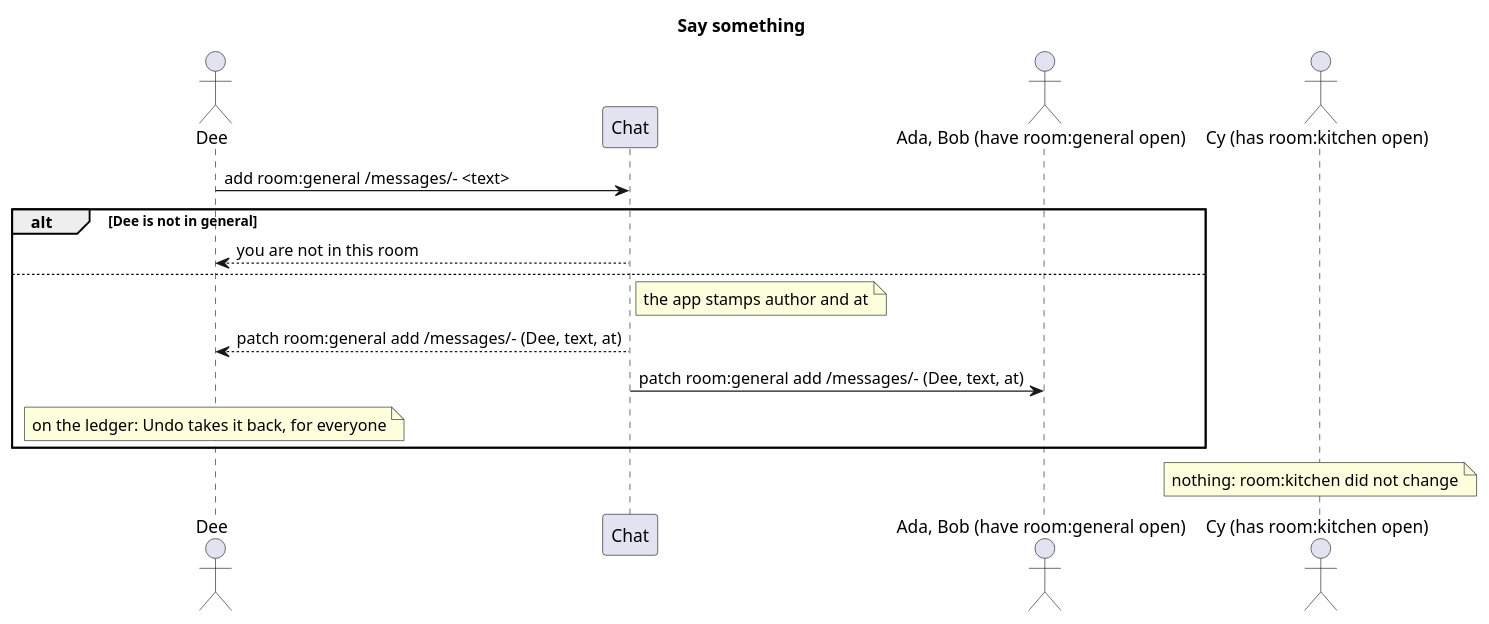
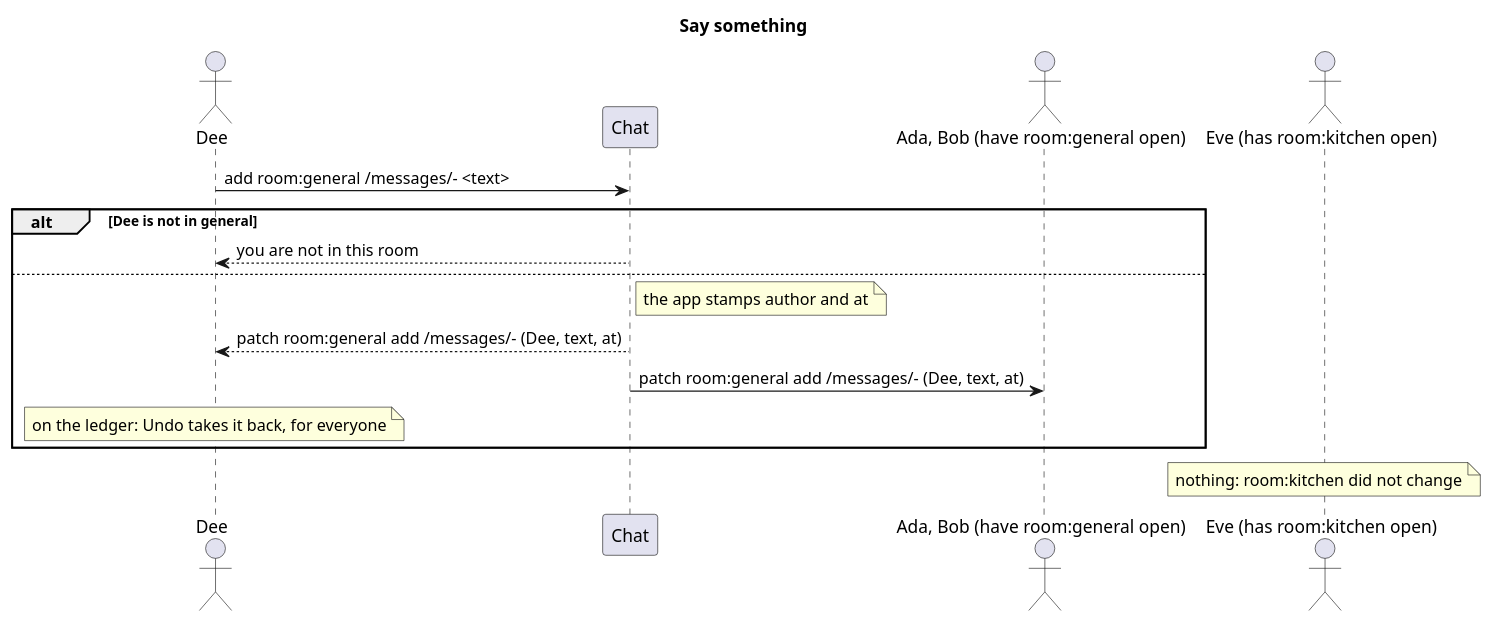
Before and after one commit to blueshed/dzql: the diagram in uml/src/seq-say-something.puml, drawn with PlantUML. The commit also changed 6 other files, not shown here.

Commit message:
uml: the second review taken in -- each scenario draws only the derived patches that happen for its cast; names unique among stored sessions; logging out removes the session and a fresh nameless one opens

```diff
--- a/uml/src/seq-say-something.puml
+++ b/uml/src/seq-say-something.puml
@@ -1,18 +1,18 @@
 @startuml
 title Say something
 actor "Dee" as dee
 participant "Chat" as app
 actor "Ada, Bob (have room:general open)" as room
-actor "Cy (has room:kitchen open)" as other
+actor "Eve (has room:kitchen open)" as other
 
 dee -> app : add room:general /messages/- <text>
 alt Dee is not in general
   app --> dee : you are not in this room
 else
   note right of app : the app stamps author and at
   app --> dee : patch room:general add /messages/- (Dee, text, at)
   app -> room : patch room:general add /messages/- (Dee, text, at)
   note over dee : on the ledger: Undo takes it back, for everyone
 end
 note over other : nothing: room:kitchen did not change
 @enduml
```
